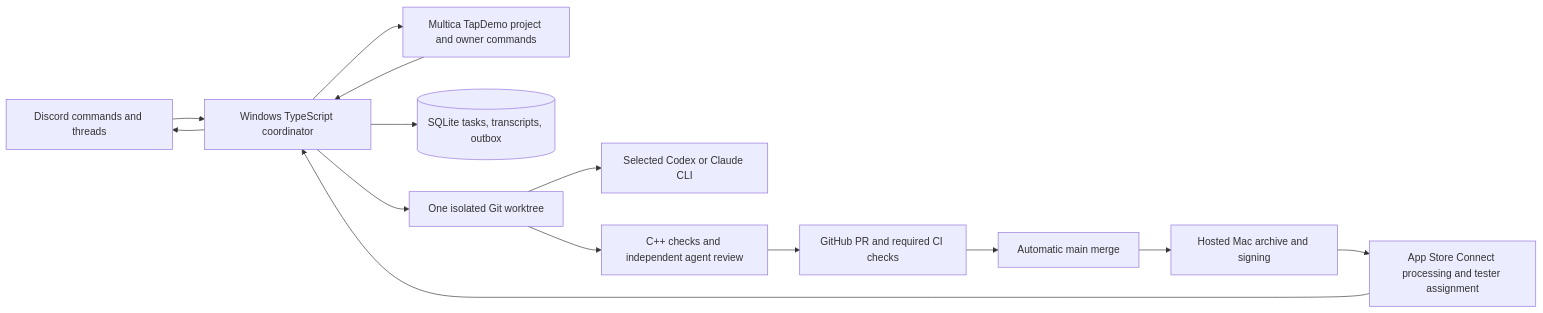
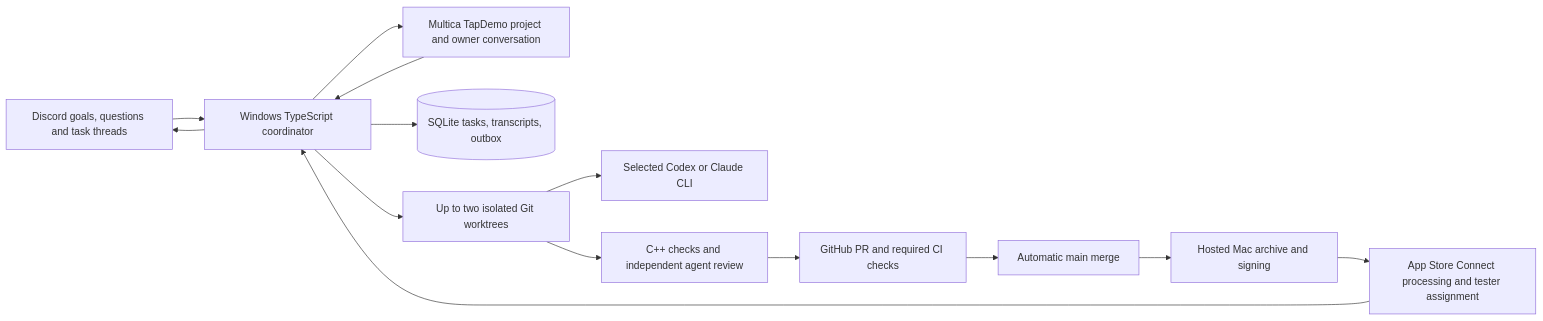
One commit to YotamHarris/Y-Y changed the diagram in docs/architecture.md. Above: the diagram before and after it, drawn with Mermaid. The commit also changed other lines of this file and 23 other files, not shown here.

Commit message:
Align Discord and board manager with BodySimulation conversations and task lifecycle

````diff
--- a/docs/architecture.md
+++ b/docs/architecture.md
@@ -3,16 +3,16 @@
 ```mermaid
 flowchart LR
-  D[Discord commands and threads] --> B[Windows TypeScript coordinator]
-  Board[Multica TapDemo project and owner commands] --> B
+  D[Discord goals, questions and task threads] --> B[Windows TypeScript coordinator]
+  Board[Multica TapDemo project and owner conversation] --> B
   B --> Q[(SQLite tasks, transcripts, outbox)]
-  B --> W[One isolated Git worktree]
+  B --> W[Up to two isolated Git worktrees]
   W --> A[Selected Codex or Claude CLI]
   W --> C[C++ checks and independent agent review]
   C --> P[GitHub PR and required CI checks]
   P --> M[Automatic main merge]
   M --> I[Hosted Mac archive and signing]
   I --> T[App Store Connect processing and tester assignment]
   T --> B
   B --> D
   B --> Board
 ```
````
